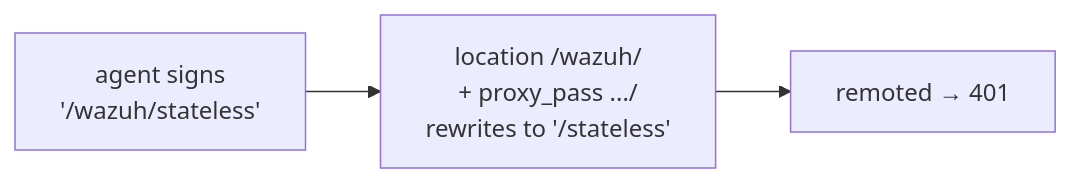
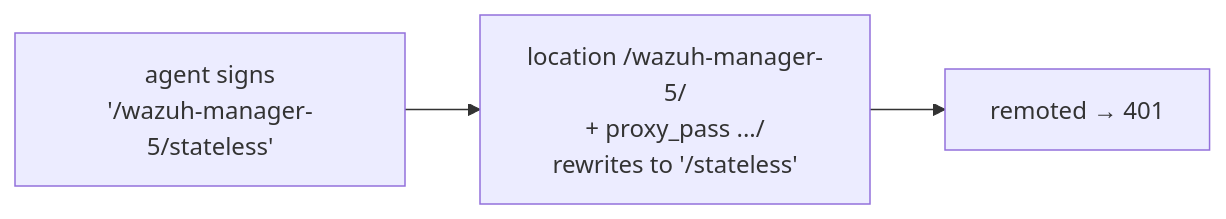
Before and after one commit to wazuh/wazuh: the third of 3 diagrams in docs/ref/modules/remoted/load-balancers/nginx.md, drawn with Mermaid. The commit also changed other lines of this file and 6 other files, not shown here.

````diff
--- a/docs/ref/modules/remoted/load-balancers/nginx.md
+++ b/docs/ref/modules/remoted/load-balancers/nginx.md
@@ -188,4 +188,4 @@
 ```mermaid
 flowchart LR
-    A["agent signs<br/>'/wazuh/stateless'"] --> N["location /wazuh/<br/>+ proxy_pass .../<br/>rewrites to '/stateless'"] --> R["remoted → 401"]
+    A["agent signs<br/>'/wazuh-manager-5/stateless'"] --> N["location /wazuh-manager-5/<br/>+ proxy_pass .../<br/>rewrites to '/stateless'"] --> R["remoted → 401"]
 ```
````
